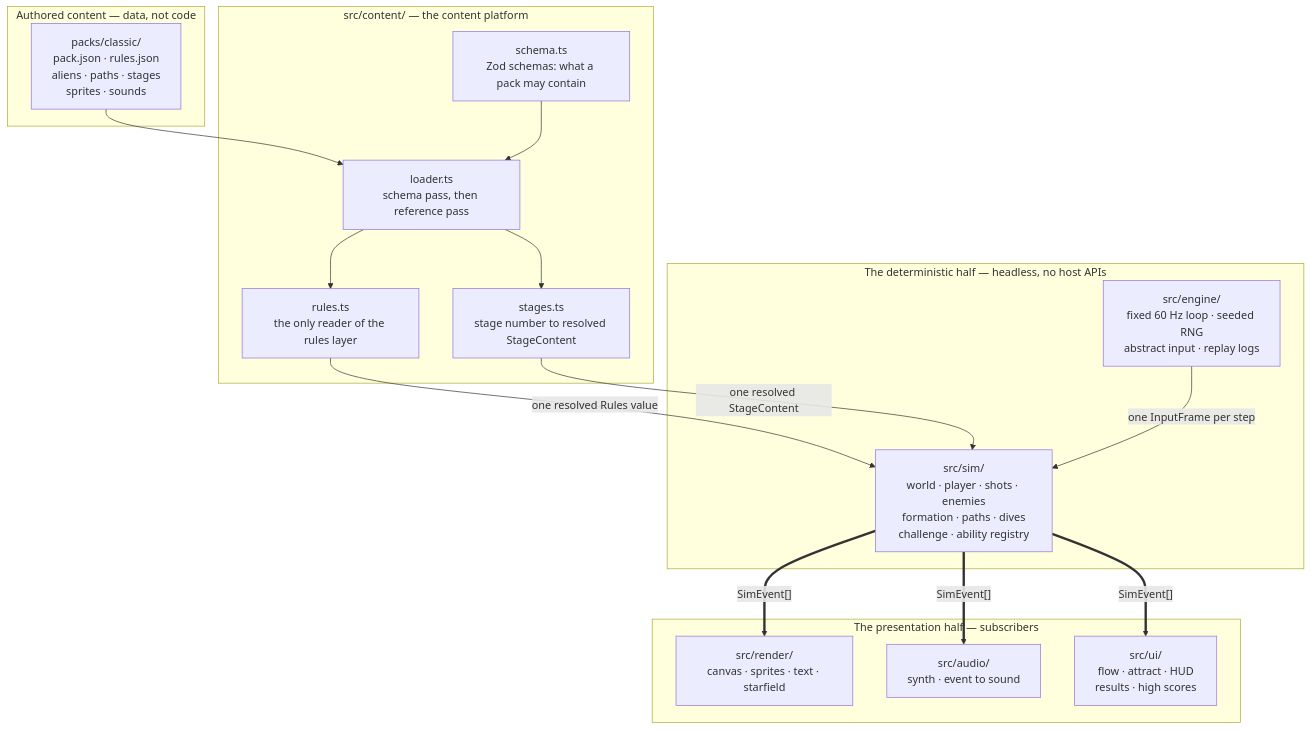
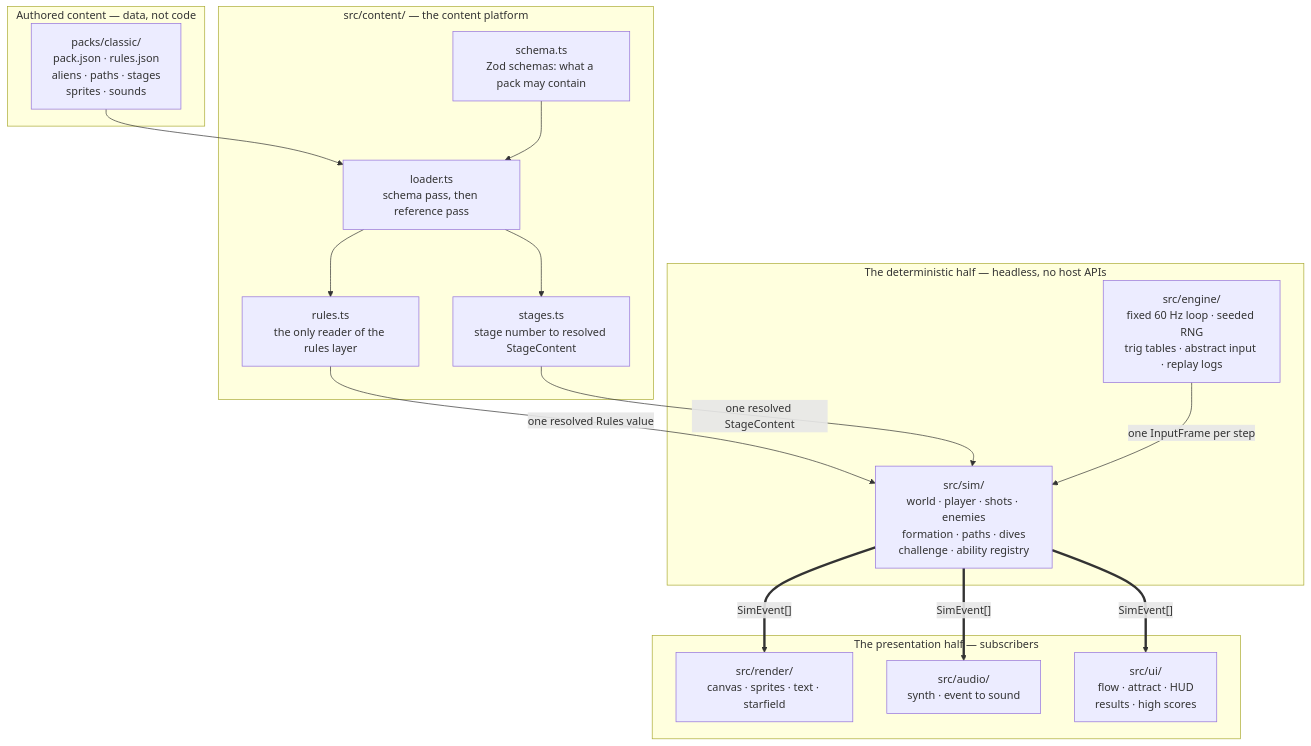
The first of 3 diagrams in docs/ARCHITECTURE.md (sgwoods/star-swarm), drawn with Mermaid before and after one commit. The commit also changed other lines of this file and 5 other files, not shown here.

````diff
--- a/docs/ARCHITECTURE.md
+++ b/docs/ARCHITECTURE.md
@@ -446,35 +446,35 @@
 ```mermaid
 flowchart TB
     subgraph authored["Authored content — data, not code"]
         pack["packs/classic/<br/>pack.json · rules.json<br/>aliens · paths · stages<br/>sprites · sounds"]
     end
 
     subgraph platform["src/content/ — the content platform"]
         schema["schema.ts<br/>Zod schemas: what a pack may contain"]
         loader["loader.ts<br/>schema pass, then reference pass"]
         rules["rules.ts<br/>the only reader of the rules layer"]
         stages["stages.ts<br/>stage number to resolved StageContent"]
     end
 
     subgraph deterministic["The deterministic half — headless, no host APIs"]
-        engine["src/engine/<br/>fixed 60 Hz loop · seeded RNG<br/>abstract input · replay logs"]
+        engine["src/engine/<br/>fixed 60 Hz loop · seeded RNG<br/>trig tables · abstract input · replay logs"]
         sim["src/sim/<br/>world · player · shots · enemies<br/>formation · paths · dives<br/>challenge · ability registry"]
     end
 
     subgraph presentation["The presentation half — subscribers"]
         render["src/render/<br/>canvas · sprites · text · starfield"]
         audio["src/audio/<br/>synth · event to sound"]
         ui["src/ui/<br/>flow · attract · HUD<br/>results · high scores"]
     end
 
     pack --> loader
     schema --> loader
     loader --> rules
     loader --> stages
     rules -- "one resolved Rules value" --> sim
     stages -- "one resolved StageContent" --> sim
     engine -- "one InputFrame per step" --> sim
     sim == "SimEvent[]" ==> render
     sim == "SimEvent[]" ==> audio
     sim == "SimEvent[]" ==> ui
 ```
````
